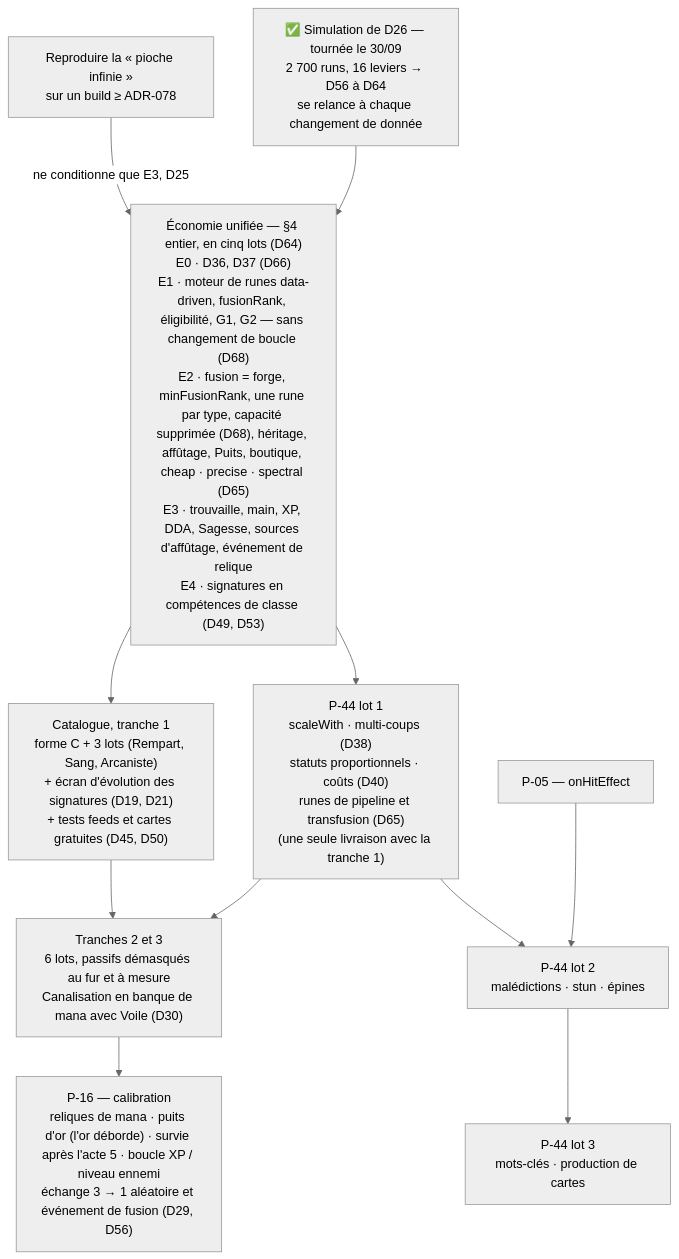
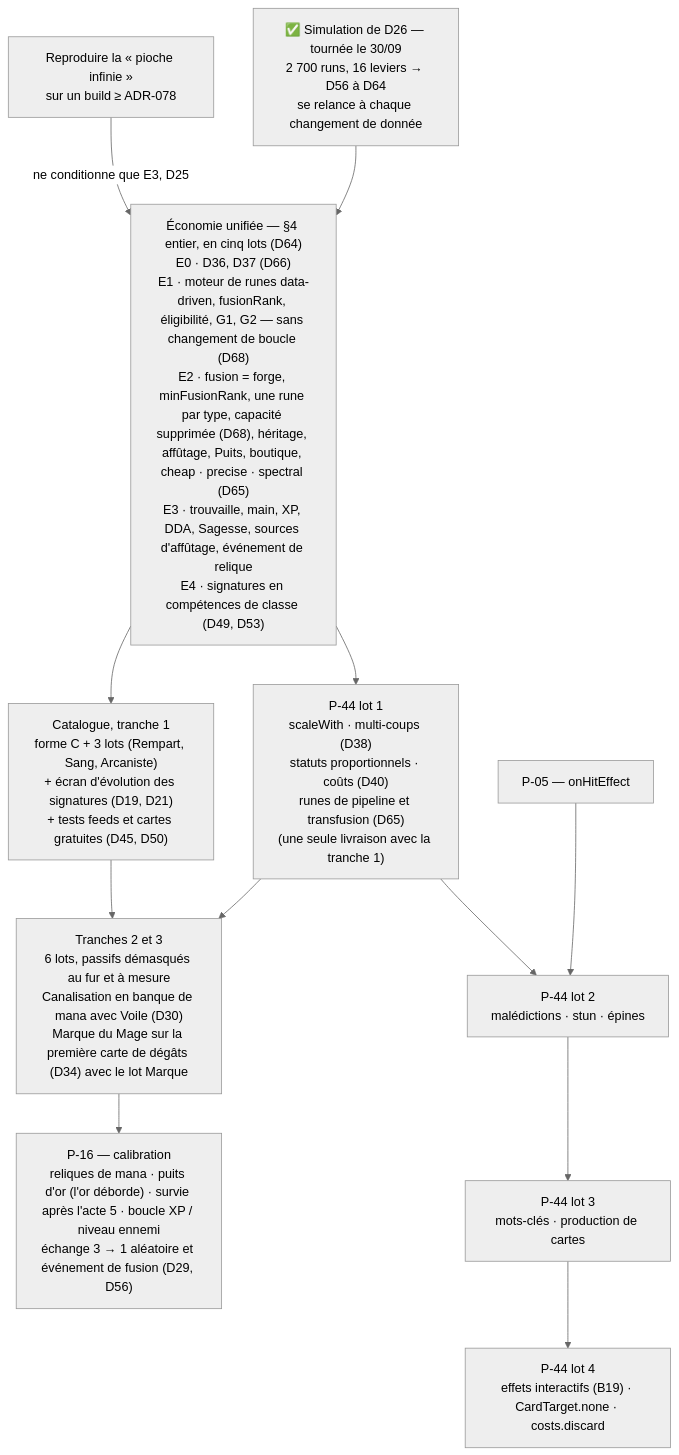
Before and after one commit to Hex-Umbra/hero-s-draft: the diagram in docs/possible_upgrades/22-09-2026_brainstorm_heros_et_cartes_v3_Fable5.md, drawn with Mermaid (neutral theme). The commit also changed other lines of this file and 2 other files, not shown here.

````diff
--- a/docs/possible_upgrades/22-09-2026_brainstorm_heros_et_cartes_v3_Fable5.md
+++ b/docs/possible_upgrades/22-09-2026_brainstorm_heros_et_cartes_v3_Fable5.md
@@ -460,14 +461,15 @@
 ```mermaid
 graph TD
     R["Reproduire la « pioche infinie »<br/>sur un build ≥ ADR-078"] -->|ne conditionne que E3, D25| E
     SIM["✅ Simulation de D26 — tournée le 30/09<br/>2 700 runs, 16 leviers → D56 à D64<br/>se relance à chaque changement de donnée"] --> E
     E["Économie unifiée — §4 entier, en cinq lots (D64)<br/>E0 · D36, D37 (D66)<br/>E1 · moteur de runes data-driven, fusionRank, éligibilité, G1, G2 — sans changement de boucle (D68)<br/>E2 · fusion = forge, minFusionRank, une rune par type, capacité supprimée (D68), héritage, affûtage, Puits, boutique, cheap · precise · spectral (D65)<br/>E3 · trouvaille, main, XP, DDA, Sagesse, sources d'affûtage, événement de relique<br/>E4 · signatures en compétences de classe (D49, D53)"] --> C1
     E --> P44a
     C1["Catalogue, tranche 1<br/>forme C + 3 lots (Rempart, Sang, Arcaniste)<br/>+ écran d'évolution des signatures (D19, D21)<br/>+ tests feeds et cartes gratuites (D45, D50)"] --> C2
     P44a["P-44 lot 1<br/>scaleWith · multi-coups (D38)<br/>statuts proportionnels · coûts (D40)<br/>runes de pipeline et transfusion (D65)<br/>(une seule livraison avec la tranche 1)"] --> C2
-    C2["Tranches 2 et 3<br/>6 lots, passifs démasqués au fur et à mesure<br/>Canalisation en banque de mana avec Voile (D30)"] --> P16
+    C2["Tranches 2 et 3<br/>6 lots, passifs démasqués au fur et à mesure<br/>Canalisation en banque de mana avec Voile (D30)<br/>Marque du Mage sur la première carte de dégâts (D34) avec le lot Marque"] --> P16
     P05["P-05 — onHitEffect"] --> P44b["P-44 lot 2<br/>malédictions · stun · épines"]
     P44a --> P44b
     P44b --> P44c["P-44 lot 3<br/>mots-clés · production de cartes"]
+    P44c --> P44d["P-44 lot 4<br/>effets interactifs (B19) · CardTarget.none · costs.discard"]
     P16["P-16 — calibration<br/>reliques de mana · puits d'or (l'or déborde) · survie après l'acte 5 · boucle XP / niveau ennemi<br/>échange 3 → 1 aléatoire et événement de fusion (D29, D56)"]
 ```
````
